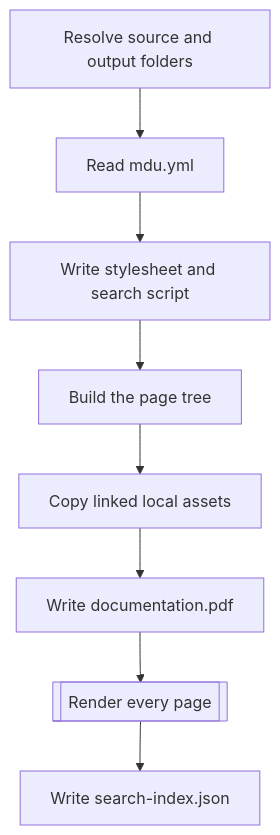
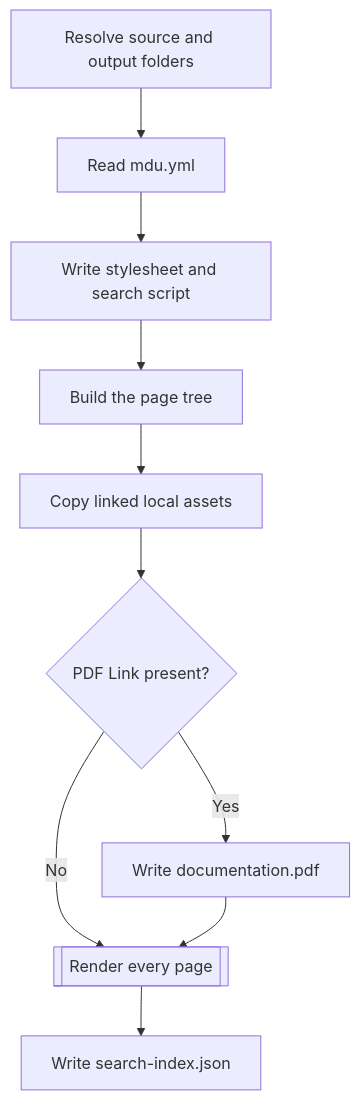
One commit to capjan/markdown-util changed the first of 2 diagrams in Docs/Architecture/Pipeline.md. Above: the diagram before and after it, drawn with Mermaid. The commit also changed other lines of this file and 12 other files, not shown here.

Commit message:
fix(render): generate PDF only for linked projects

````diff
--- a/Docs/Architecture/Pipeline.md
+++ b/Docs/Architecture/Pipeline.md
@@ -49,14 +49,16 @@
 ```mermaid
 flowchart TD
     accTitle: Steps of mdu render
     Paths[Resolve source and output folders] --> Config[Read mdu.yml]
     Config --> Prepare[Write stylesheet and search script]
     Prepare --> Tree[Build the page tree]
     Tree --> Assets[Copy linked local assets]
-    Assets --> Pdf[Write documentation.pdf]
-    Pdf --> Pages[[Render every page]]
+    Assets --> PdfLink{PDF Link present?}
+    PdfLink -->|Yes| Pdf[Write documentation.pdf]
+    PdfLink -->|No| Pages[[Render every page]]
+    Pdf --> Pages
     Pages --> Index[Write search-index.json]
     click Config href "../Usage/render.md#site-configuration"
     click Tree href "#page-tree"
     click Pages href "Rendering.md"
 ```
````
